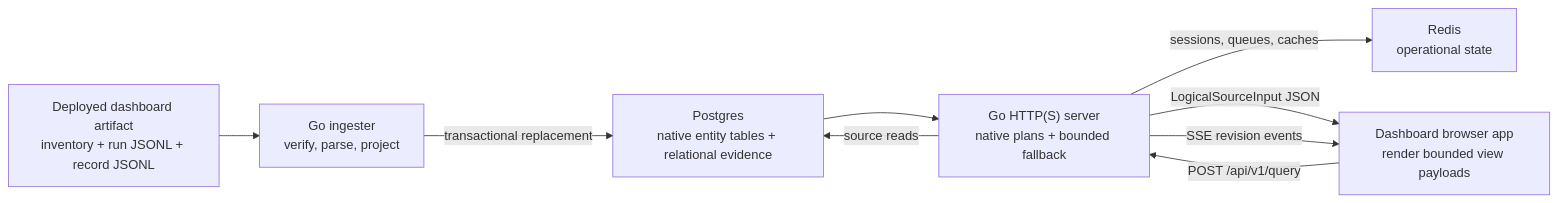
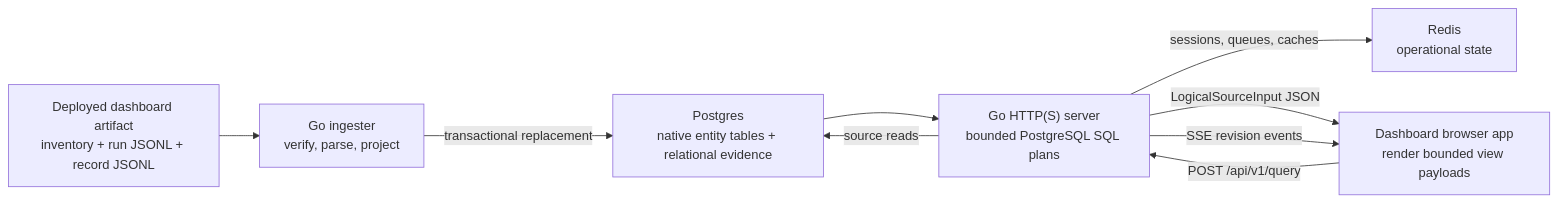
One commit to githubnext/gh-aw-cao changed the first of 2 diagrams in server/README.md. Above: the diagram before and after it, drawn with Mermaid. The commit also changed other lines of this file and 4 other files, not shown here.

````diff
--- a/server/README.md
+++ b/server/README.md
@@ -210,18 +200,18 @@
 ```mermaid
 flowchart LR
   Artifact["Deployed dashboard artifact<br/>inventory + run JSONL + record JSONL"]
   Ingest["Go ingester<br/>verify, parse, project"]
   Postgres["Postgres<br/>native entity tables + relational evidence"]
   Redis["Redis<br/>operational state"]
-  API["Go HTTP(S) server<br/>native plans + bounded fallback"]
+  API["Go HTTP(S) server<br/>bounded PostgreSQL SQL plans"]
   Browser["Dashboard browser app<br/>render bounded view payloads"]
 
   Artifact --> Ingest
   Ingest -->|"transactional replacement"| Postgres
   Postgres --> API
   Browser -->|"POST /api/v1/query"| API
   API -->|"source reads"| Postgres
   API -->|"sessions, queues, caches"| Redis
   API -->|"LogicalSourceInput JSON"| Browser
   API -->|"SSE revision events"| Browser
 ```
````
